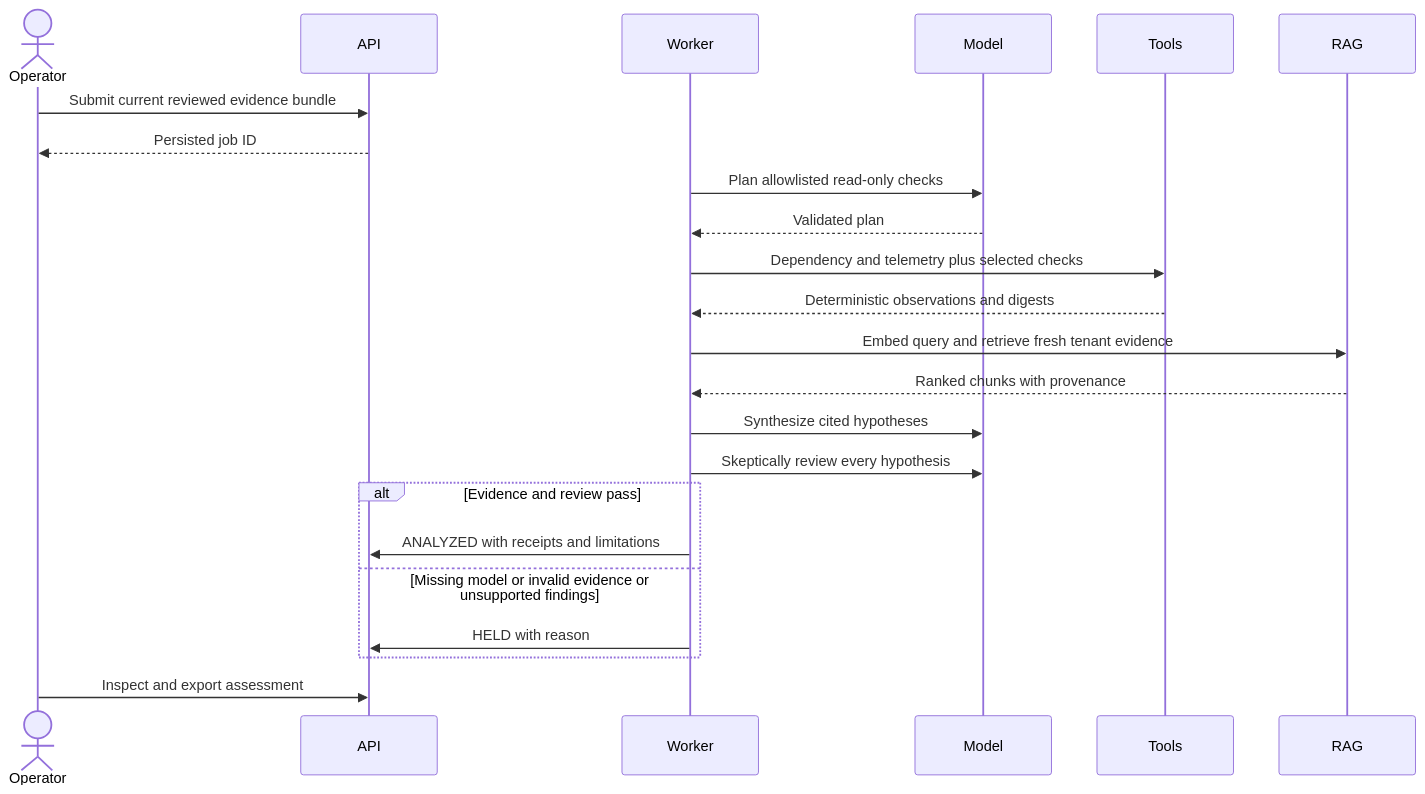
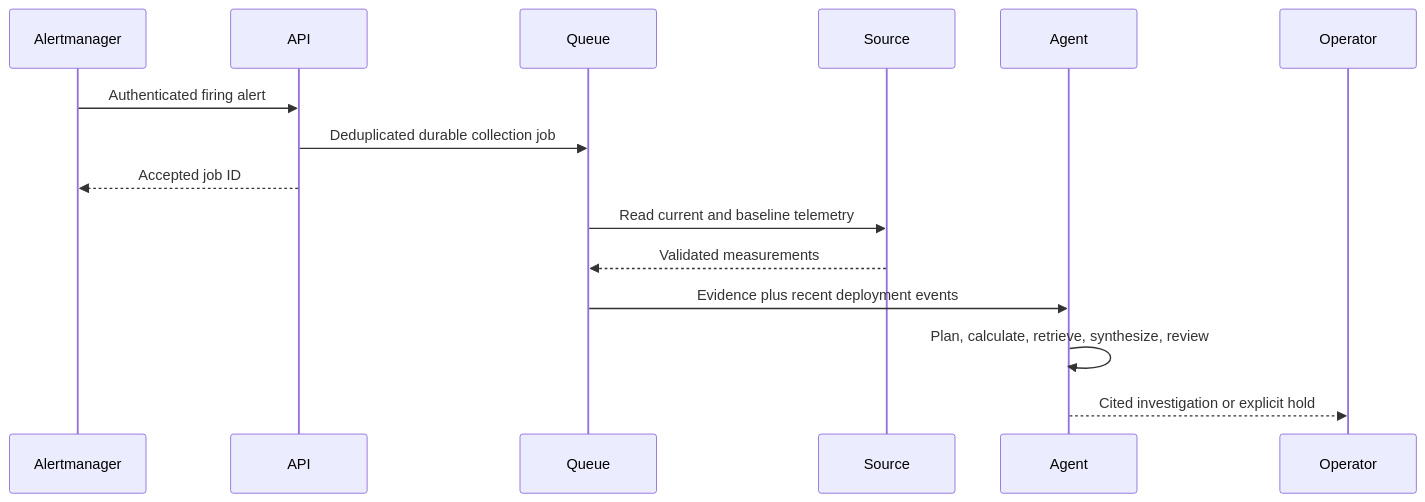
One commit to anil7000/changeguard changed the second of 6 diagrams in README.md. Above: the diagram before and after it, drawn with Mermaid. The commit also changed other lines of this file and 39 other files, not shown here.

Commit message:
feat: add autonomous evidence collection and environment integrations

````diff
--- a/README.md
+++ b/README.md
@@ -67,25 +59,17 @@
 ```mermaid
 sequenceDiagram
-  actor Operator
+  participant Alertmanager
   participant API
-  participant Worker
-  participant Model
-  participant Tools
-  participant RAG
-  Operator->>API: Submit current reviewed evidence bundle
-  API-->>Operator: Persisted job ID
-  Worker->>Model: Plan allowlisted read-only checks
-  Model-->>Worker: Validated plan
-  Worker->>Tools: Dependency and telemetry plus selected checks
-  Tools-->>Worker: Deterministic observations and digests
-  Worker->>RAG: Embed query and retrieve fresh tenant evidence
-  RAG-->>Worker: Ranked chunks with provenance
-  Worker->>Model: Synthesize cited hypotheses
-  Worker->>Model: Skeptically review every hypothesis
-  alt Evidence and review pass
-    Worker->>API: ANALYZED with receipts and limitations
-  else Missing model or invalid evidence or unsupported findings
-    Worker->>API: HELD with reason
-  end
-  Operator->>API: Inspect and export assessment
+  participant Queue
+  participant Source
+  participant Agent
+  participant Operator
+  Alertmanager->>API: Authenticated firing alert
+  API->>Queue: Deduplicated durable collection job
+  API-->>Alertmanager: Accepted job ID
+  Queue->>Source: Read current and baseline telemetry
+  Source-->>Queue: Validated measurements
+  Queue->>Agent: Evidence plus recent deployment events
+  Agent->>Agent: Plan, calculate, retrieve, synthesize, review
+  Agent-->>Operator: Cited investigation or explicit hold
 ```
````
